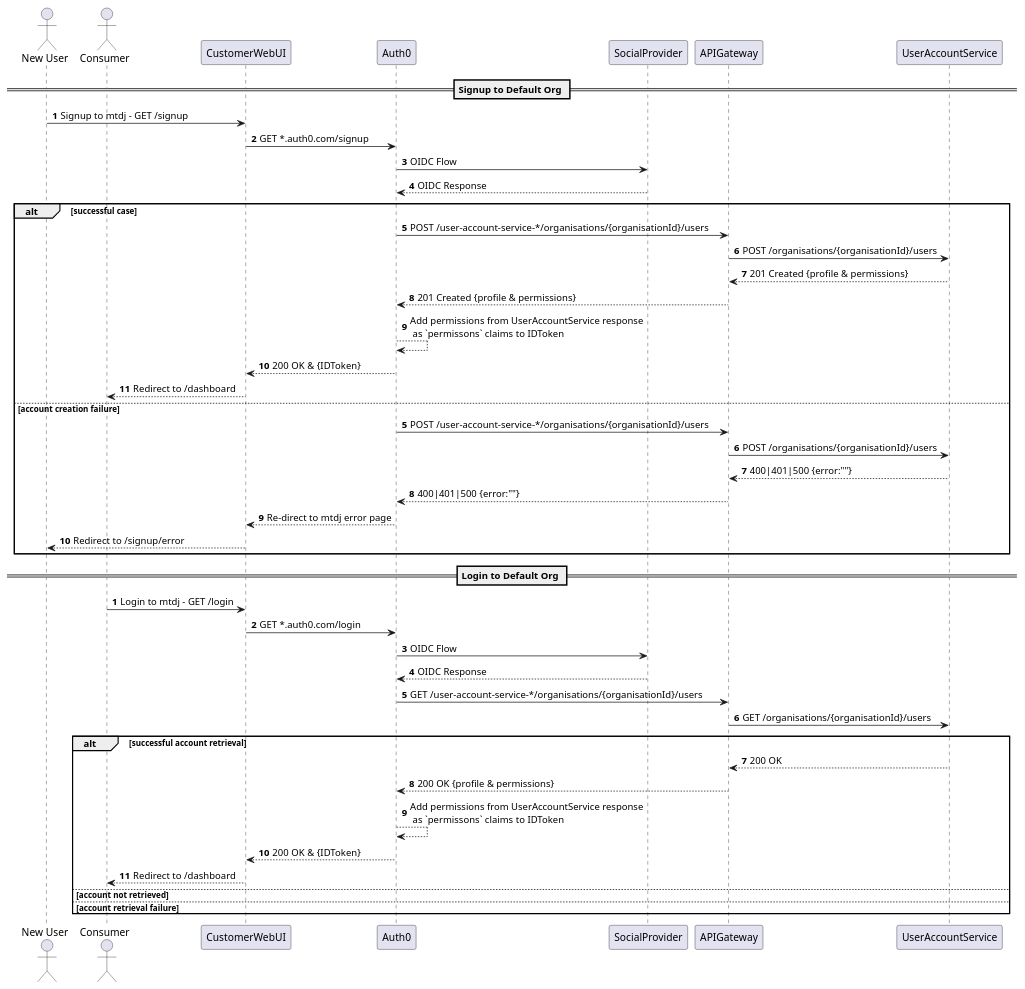
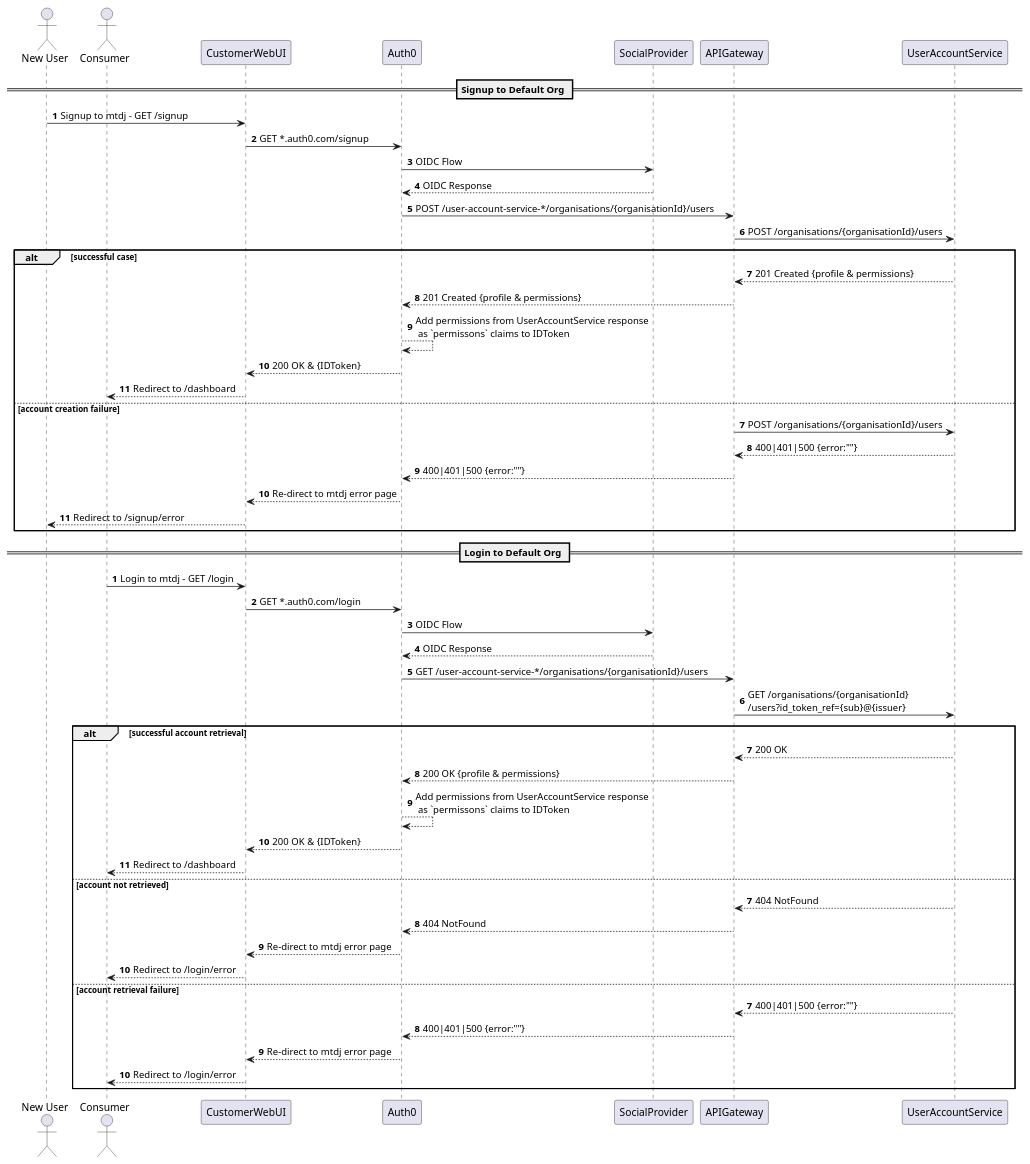
The diagram in diagrams/plantuml/consumer-auth-journey.puml (math-dojo/architecture), drawn with PlantUML before and after one commit.

Commit message:
Add multiple scenarios fo login failure

```diff
--- a/diagrams/plantuml/consumer-auth-journey.puml
+++ b/diagrams/plantuml/consumer-auth-journey.puml
@@ -1,49 +1,58 @@
 @startuml consumer-auth-journey
 skinparam responseMessageBelowArrow true
 actor "New User" as N
 actor Consumer
 
 == Signup to Default Org ==
 autonumber
 N -> CustomerWebUI: Signup to mtdj - GET /signup
 CustomerWebUI -> Auth0: GET *.auth0.com/signup
 Auth0 -> SocialProvider: OIDC Flow
 SocialProvider --> Auth0: OIDC Response
+Auth0 -> APIGateway: POST /user-account-service-*/organisations/{organisationId}/users
+APIGateway -> UserAccountService: POST /organisations/{organisationId}/users
 alt successful case
-    Auth0 -> APIGateway: POST /user-account-service-*/organisations/{organisationId}/users
-    APIGateway -> UserAccountService: POST /organisations/{organisationId}/users
     UserAccountService --> APIGateway: 201 Created {profile & permissions}
     APIGateway --> Auth0: 201 Created {profile & permissions}
     Auth0 --> Auth0: Add permissions from UserAccountService response\n as `permissons` claims to IDToken
     Auth0 --> CustomerWebUI: 200 OK & {IDToken}
     CustomerWebUI --> Consumer: Redirect to /dashboard
 else account creation failure
-autonumber 5
-    Auth0 -> APIGateway: POST /user-account-service-*/organisations/{organisationId}/users
+autonumber 7
     APIGateway -> UserAccountService: POST /organisations/{organisationId}/users
     UserAccountService --> APIGateway: 400|401|500 {error:""}
     APIGateway --> Auth0: 400|401|500 {error:""}
     Auth0 --> CustomerWebUI: Re-direct to mtdj error page
     CustomerWebUI --> N: Redirect to /signup/error
 end
 
 
 == Login to Default Org ==
 autonumber
 Consumer -> CustomerWebUI: Login to mtdj - GET /login
 CustomerWebUI -> Auth0: GET *.auth0.com/login
 Auth0 -> SocialProvider: OIDC Flow
 SocialProvider --> Auth0: OIDC Response
 Auth0 -> APIGateway: GET /user-account-service-*/organisations/{organisationId}/users
-APIGateway -> UserAccountService: GET /organisations/{organisationId}/users
+APIGateway -> UserAccountService: GET /organisations/{organisationId}\n/users?id_token_ref={sub}@{issuer}
 alt successful account retrieval
     UserAccountService --> APIGateway: 200 OK
     APIGateway --> Auth0: 200 OK {profile & permissions}
     Auth0 --> Auth0: Add permissions from UserAccountService response\n as `permissons` claims to IDToken
     Auth0 --> CustomerWebUI: 200 OK & {IDToken}
     CustomerWebUI --> Consumer: Redirect to /dashboard
 else account not retrieved
+autonumber 7
+    UserAccountService --> APIGateway: 404 NotFound
+    APIGateway --> Auth0: 404 NotFound
+    Auth0 --> CustomerWebUI: Re-direct to mtdj error page
+    CustomerWebUI --> Consumer: Redirect to /login/error
 else account retrieval failure
+autonumber 7
+    UserAccountService --> APIGateway: 400|401|500 {error:""}
+    APIGateway --> Auth0: 400|401|500 {error:""}
+    Auth0 --> CustomerWebUI: Re-direct to mtdj error page
+    CustomerWebUI --> Consumer: Redirect to /login/error
 end
 
 @enduml
```
